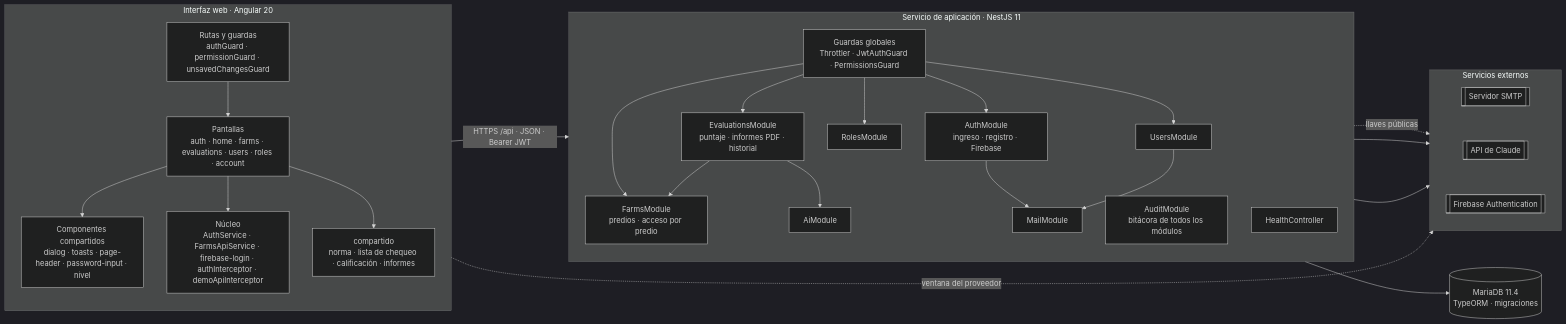
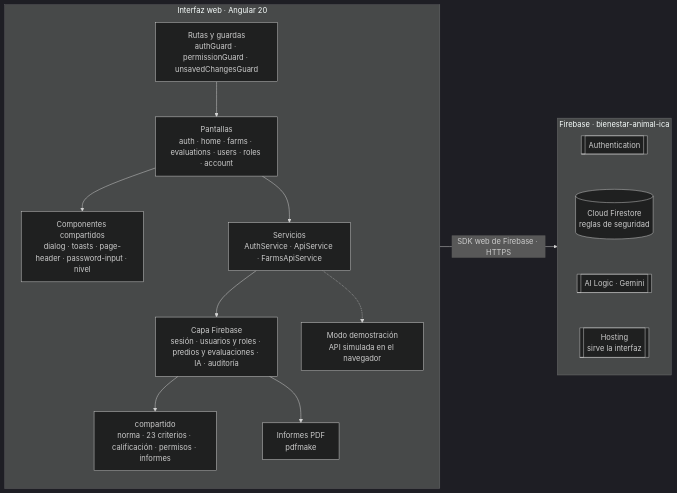
The diagram in docs/uml/fuentes/componentes.mmd (98765432100123456/Aplicacion-a-la-inteligencia-artificial-), drawn with Mermaid (dark theme) before and after one commit. The commit also changed 135 other files, not shown here.

First line of the commit message:
Retira el servicio NestJS y MariaDB; documentación y pruebas sobre Firebase

```diff
--- a/docs/uml/fuentes/componentes.mmd
+++ b/docs/uml/fuentes/componentes.mmd
@@ -1,45 +1,29 @@
 flowchart LR
     subgraph FE["Interfaz web · Angular 20"]
         direction TB
         RT[Rutas y guardas<br/>authGuard · permissionGuard · unsavedChangesGuard]
         FT[Pantallas<br/>auth · home · farms · evaluations · users · roles · account]
         SH[Componentes compartidos<br/>dialog · toasts · page-header · password-input · nivel]
-        CO[Núcleo<br/>AuthService · FarmsApiService · firebase-login · authInterceptor · demoApiInterceptor]
-        CP[compartido<br/>norma · lista de chequeo · calificación · informes]
+        SV[Servicios<br/>AuthService · ApiService · FarmsApiService]
+        DF[Capa Firebase<br/>sesión · usuarios y roles · predios y evaluaciones · IA · auditoría]
+        CP[compartido<br/>norma · 23 criterios · calificación · permisos · informes]
+        PDF[Informes PDF<br/>pdfmake]
+        DEMO[Modo demostración<br/>API simulada en el navegador]
         RT --> FT --> SH
-        FT --> CO
-        FT --> CP
+        FT --> SV
+        SV --> DF
+        SV -.-> DEMO
+        DF --> CP
+        DF --> PDF
     end
 
-    subgraph BE["Servicio de aplicación · NestJS 11"]
+    subgraph FB["Firebase · bienestar-animal-ica"]
         direction TB
-        GU[Guardas globales<br/>Throttler · JwtAuthGuard · PermissionsGuard]
-        AU[AuthModule<br/>ingreso · registro · Firebase]
-        US[UsersModule]
-        RO[RolesModule]
-        FA[FarmsModule<br/>predios · acceso por predio]
-        EV[EvaluationsModule<br/>puntaje · informes PDF · historial]
-        AI[AiModule]
-        AD[AuditModule<br/>bitácora de todos los módulos]
-        MA[MailModule]
-        HE[HealthController]
-        GU --> AU & US & RO & FA & EV
-        EV --> FA & AI
-        AU & US --> MA
+        AU[[Authentication]]
+        FS[(Cloud Firestore<br/>reglas de seguridad)]
+        IA[[AI Logic · Gemini]]
+        HO[[Hosting<br/>sirve la interfaz]]
+        AU ~~~ FS ~~~ IA ~~~ HO
     end
 
-    DB[(MariaDB 11.4<br/>TypeORM · migraciones)]
-    subgraph EXT["Servicios externos"]
-        direction TB
-        SMTP[[Servidor SMTP]]
-        CLA[[API de Claude]]
-        FB[[Firebase Authentication]]
-        SMTP ~~~ CLA ~~~ FB
-    end
-
-    CO -- "HTTPS /api · JSON · Bearer JWT" --> GU
-    AU -. "llaves públicas" .-> FB
-    CO -. "ventana del proveedor" .-> FB
-    BE --> DB
-    MA --> SMTP
-    AI --> CLA
+    DF -- "SDK web de Firebase · HTTPS" --> FB
```
